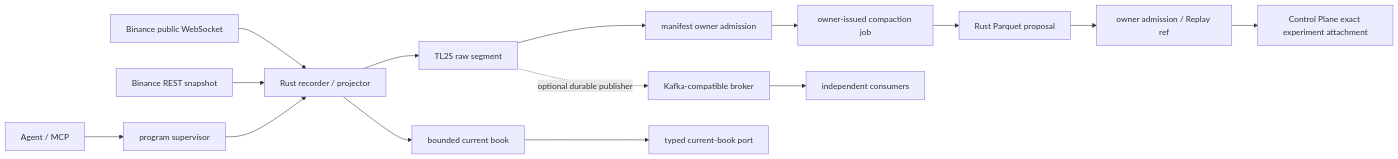
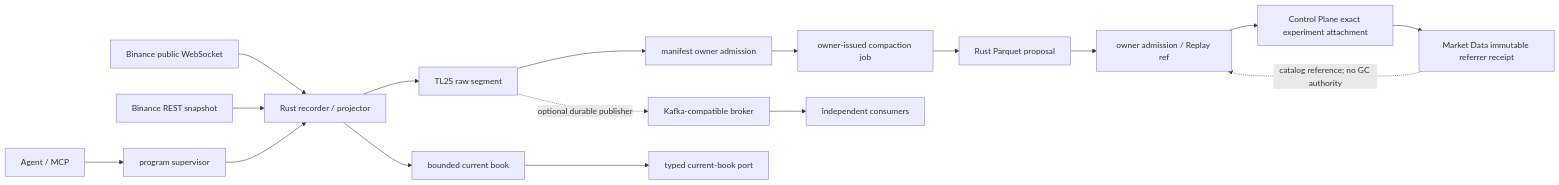
The diagram in docs/runtime/l2-order-book-data-plane.md (qOeOp/trade), drawn with Mermaid before and after one commit. The commit also changed other lines of this file, not shown here.

Commit message:
docs(runtime): document l2 referrer retention evidence

````diff
--- a/docs/runtime/l2-order-book-data-plane.md
+++ b/docs/runtime/l2-order-book-data-plane.md
@@ -32,17 +32,19 @@
 ```mermaid
 flowchart LR
   WS["Binance public WebSocket"] --> R["Rust recorder / projector"]
   REST["Binance REST snapshot"] --> R
   R --> WAL["TL2S raw segment"]
   R --> BOOK["bounded current book"]
   WAL --> ADM["manifest owner admission"]
   ADM --> JOB["owner-issued compaction job"]
   JOB --> CP["Rust Parquet proposal"]
   CP --> ARC["owner admission / Replay ref"]
   ARC --> AUTH["Control Plane exact experiment attachment"]
+  AUTH --> REF["Market Data immutable referrer receipt"]
+  REF -. "catalog reference; no GC authority" .-> ARC
   BOOK --> READ["typed current-book port"]
   WAL -. "optional durable publisher" .-> BUS["Kafka-compatible broker"]
   BUS --> CON["independent consumers"]
   OPS["program supervisor"] --> R
   MCP["Agent / MCP"] --> OPS
 ```
````
